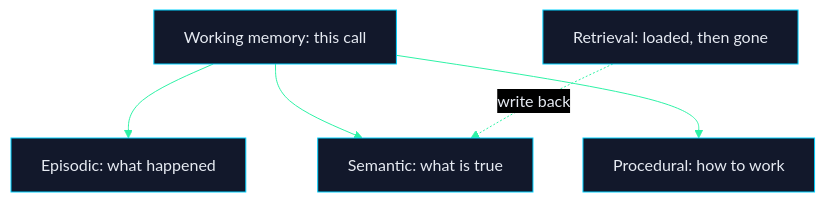
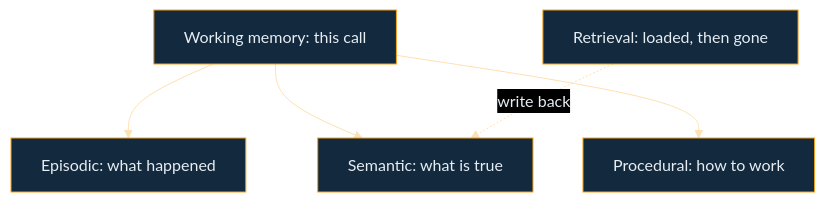
The first of 2 diagrams in docs/01-agent-patterns/how-agents-remember.md (MoRohn/agentsphere), drawn with Mermaid before and after one commit. The commit also changed other lines of this file and 145 other files, not shown here.

````diff
--- a/docs/01-agent-patterns/how-agents-remember.md
+++ b/docs/01-agent-patterns/how-agents-remember.md
@@ -45,22 +51,22 @@
 ```mermaid
 ---
 config:
   theme: base
   themeVariables:
     darkMode: true
-    background: "#07090F"
-    primaryColor: "#12182B"
-    primaryTextColor: "#E6EAF2"
-    primaryBorderColor: "#00D1FF"
-    lineColor: "#2EF2A6"
-    secondaryColor: "#10241C"
-    tertiaryColor: "#101628"
+    background: "#0d1117"
+    primaryColor: "#13293D"
+    primaryTextColor: "#E6EDF3"
+    primaryBorderColor: "#F5A31A"
+    lineColor: "#FFE0B0"
+    secondaryColor: "#3A2A12"
+    tertiaryColor: "#10243F"
     fontFamily: "Segoe UI, Helvetica, Arial, sans-serif"
 ---
 flowchart TB
   W["Working memory: this call"]
   W --> E["Episodic: what happened"]
   W --> S["Semantic: what is true"]
   W --> P["Procedural: how to work"]
   R["Retrieval: loaded, then gone"] -.->|write back| S
 ```
````
